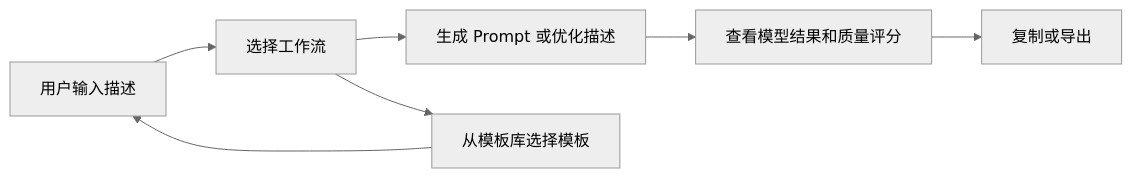
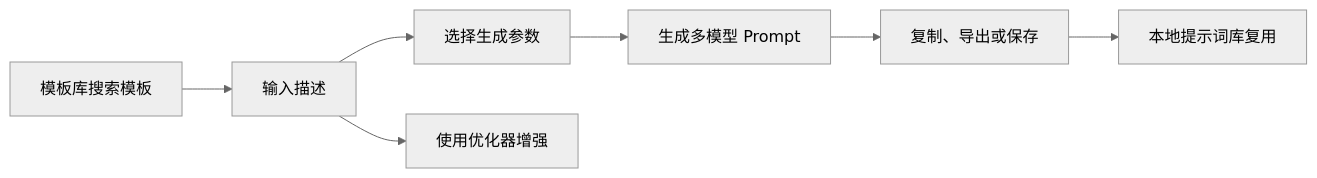
One commit to pkokwho/tsc changed the diagram in .trae/documents/AI提示词生成器-PRD.md. Above: the diagram before and after it, drawn with Mermaid (neutral theme). The commit also changed other lines of this file and 6 other files, not shown here.

````diff
--- a/.trae/documents/AI提示词生成器-PRD.md
+++ b/.trae/documents/AI提示词生成器-PRD.md
@@ -33,9 +89,9 @@
 ```mermaid
 graph LR
-    A["用户输入描述"] --> B["选择工作流"]
-    B --> C["生成 Prompt 或优化描述"]
-    C --> D["查看模型结果和质量评分"]
-    D --> E["复制或导出"]
-    B --> F["从模板库选择模板"]
-    F --> A
+    A["输入描述"] --> B["选择生成参数"]
+    B --> C["生成多模型 Prompt"]
+    C --> D["复制、导出或保存"]
+    D --> E["本地提示词库复用"]
+    A --> F["使用优化器增强"]
+    G["模板库搜索模板"] --> A
 ```
````
